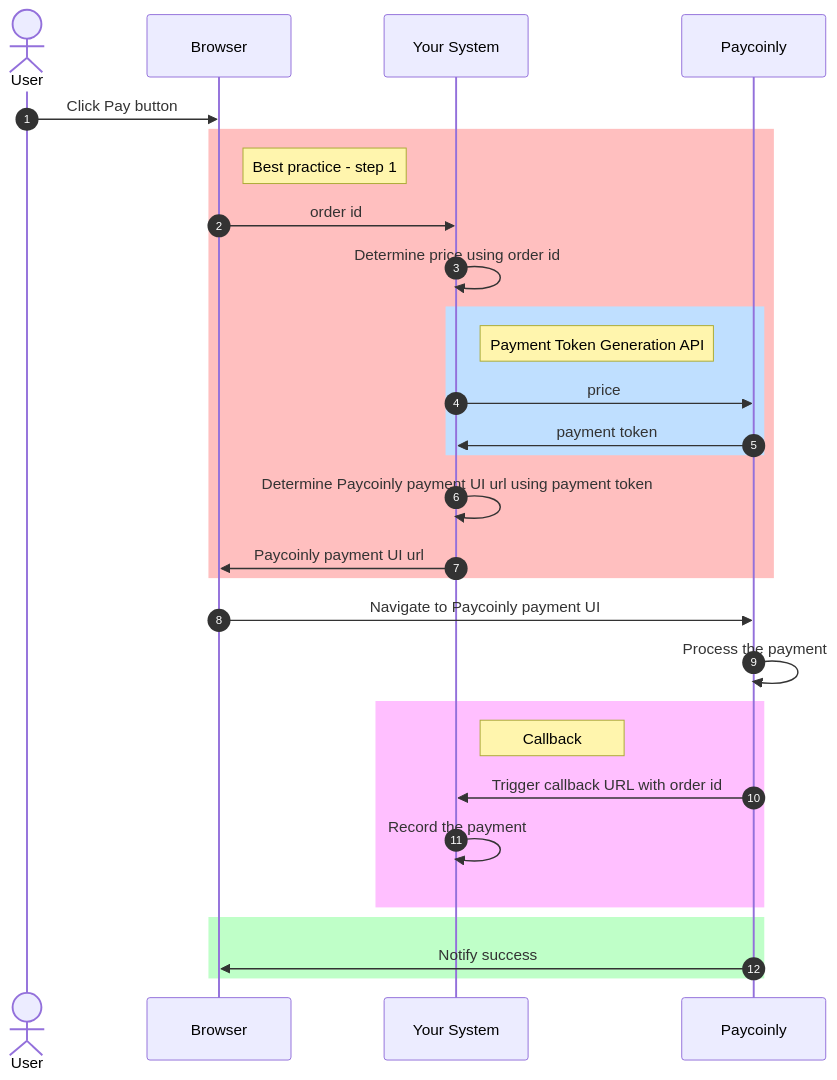
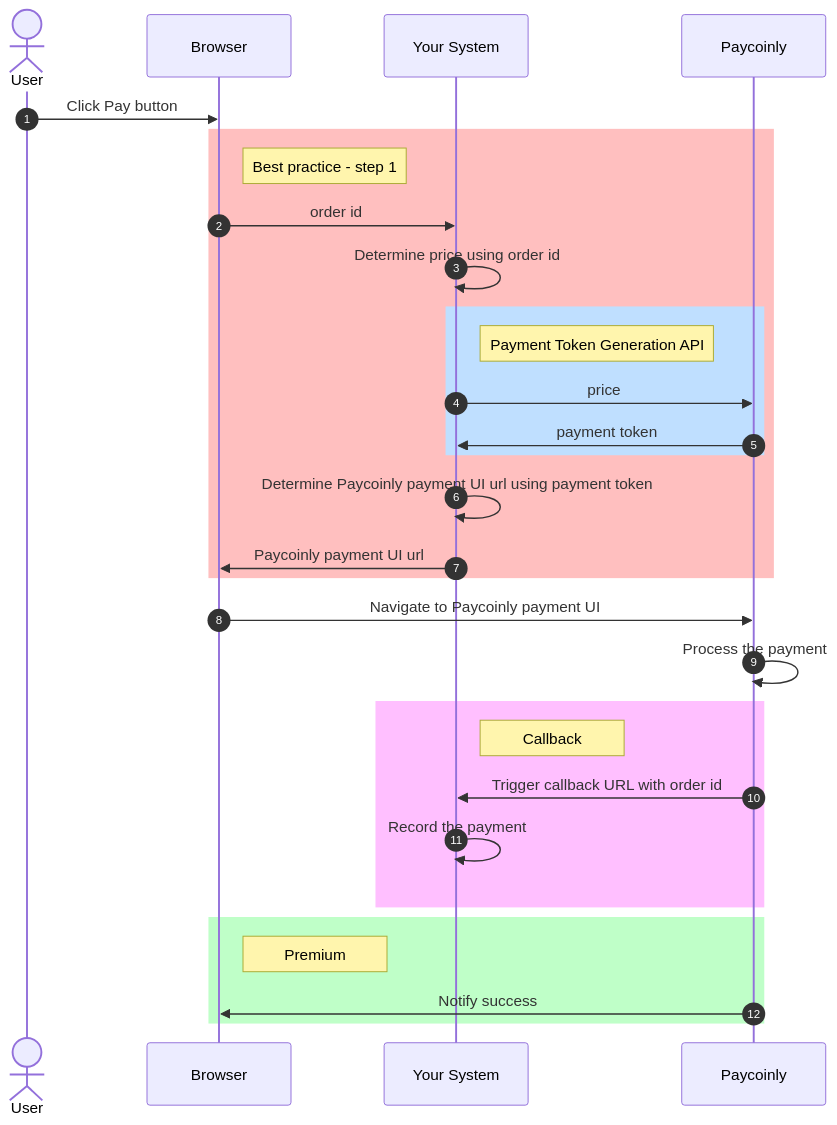
Before and after one commit to Paycoinly-Tech/docs: the diagram in docs/how-work/payment.mdx, drawn with Mermaid. The commit also changed other lines of this file and 2 other files, not shown here.

````diff
--- a/docs/how-work/payment.mdx
+++ b/docs/how-work/payment.mdx
@@ -16,55 +16,57 @@
 ```mermaid
 sequenceDiagram
   autonumber
 
   actor user as User
   participant browser as Browser
   participant backend as Your System
   participant paycoinly as Paycoinly
   
   user->>browser: Click Pay button
 
   rect rgb(255, 191, 191)
 
   note right of browser: Best practice - step 1
 
   browser->>backend: order id
 
   backend->>backend: Determine price using order id
 
   rect rgb(191, 223, 255)
 
   note right of backend: Payment Token Generation API
 
   backend->>paycoinly: price
 
   paycoinly->>backend: payment token
 
   end
 
   backend->>backend: Determine Paycoinly payment UI url using payment token
 
   backend->>browser: Paycoinly payment UI url
 
   end
 
   browser->>paycoinly: Navigate to Paycoinly payment UI
 
   paycoinly->>paycoinly: Process the payment
 
   rect rgb(255, 191, 255)
 
   note right of backend: Callback
 
   paycoinly->>backend: Trigger callback URL with order id
 
   backend->>backend: Record the payment
 
   end
   
   rect rgb(191, 255, 200)
 
+  note right of browser: Premium
+
   paycoinly->>browser: Notify success
 
   end
 ```
````
